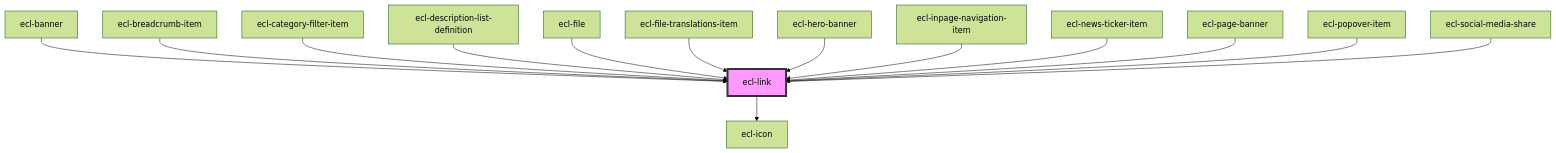
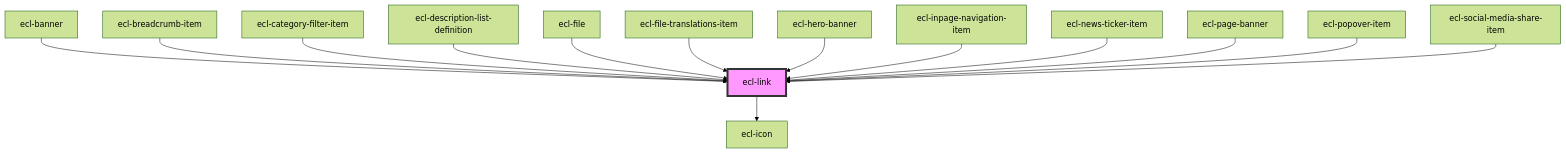
Before and after one commit to ec-europa/ecl-webcomponents: the diagram in src/components/ecl-link/readme.md, drawn with Mermaid (forest theme). The commit also changed other lines of this file and 15 other files, not shown here.

Commit message:
chore(webcomponents): Using popover in social media share

````diff
--- a/src/components/ecl-link/readme.md
+++ b/src/components/ecl-link/readme.md
@@ -42,17 +42,17 @@
 ```mermaid
 graph TD;
   ecl-link --> ecl-icon
   ecl-banner --> ecl-link
   ecl-breadcrumb-item --> ecl-link
   ecl-category-filter-item --> ecl-link
   ecl-description-list-definition --> ecl-link
   ecl-file --> ecl-link
   ecl-file-translations-item --> ecl-link
   ecl-hero-banner --> ecl-link
   ecl-inpage-navigation-item --> ecl-link
   ecl-news-ticker-item --> ecl-link
   ecl-page-banner --> ecl-link
   ecl-popover-item --> ecl-link
-  ecl-social-media-share --> ecl-link
+  ecl-social-media-share-item --> ecl-link
   style ecl-link fill:#f9f,stroke:#333,stroke-width:4px
 ```
````
